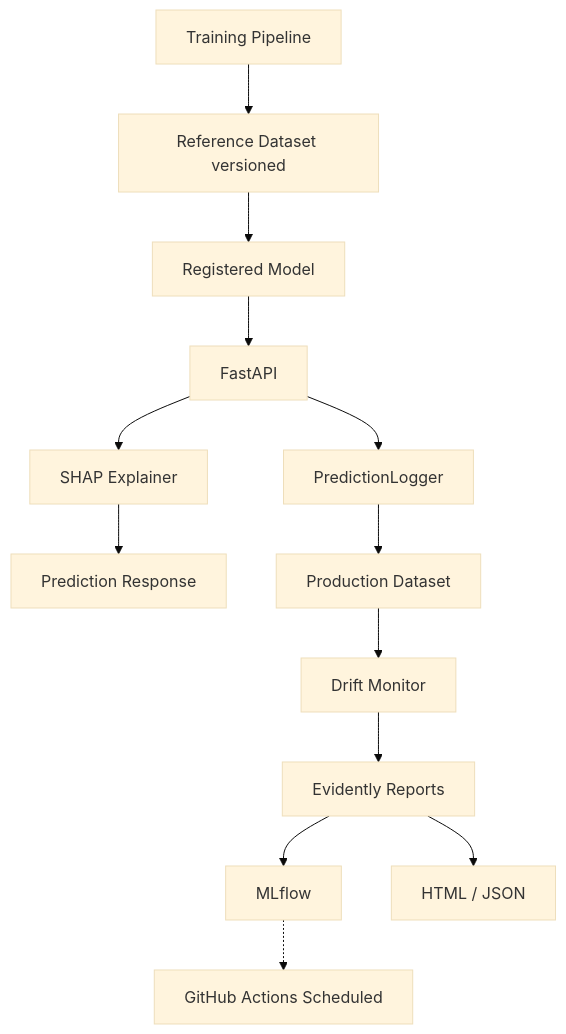
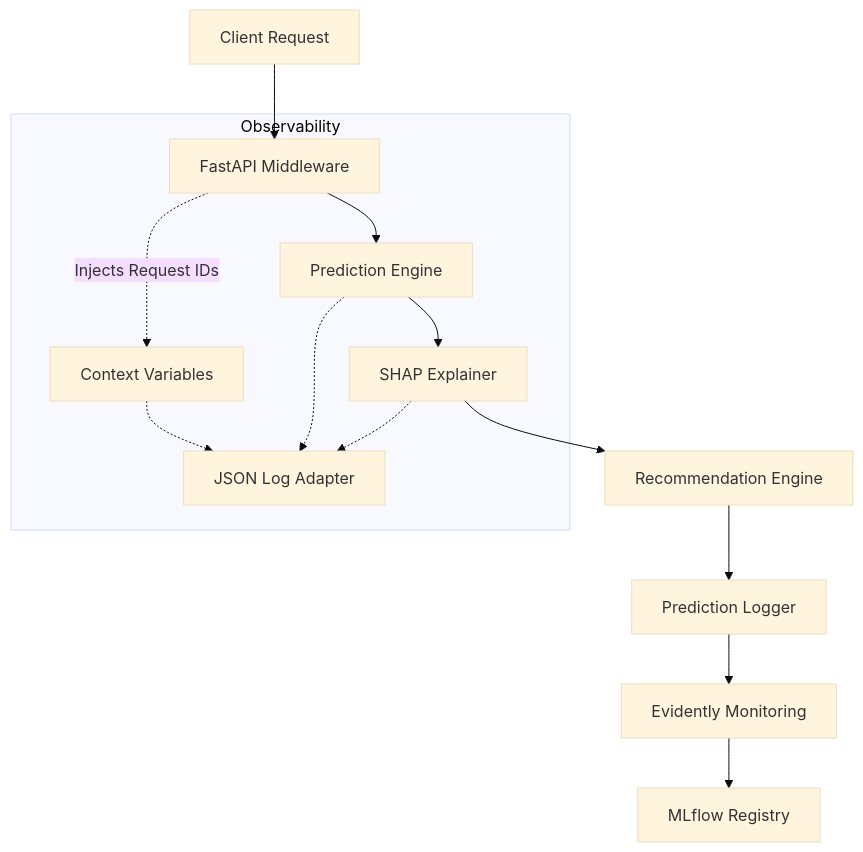
One commit to X377AAHIL/haett_assignment changed the second of 6 diagrams in README.md. Above: the diagram before and after it, drawn with Mermaid (base theme). The commit also changed other lines of this file, not shown here.

Commit message:
docs: rewrite README to production-ready open source quality

````diff
--- a/README.md
+++ b/README.md
@@ -105,15 +53,17 @@
 ```mermaid
 graph TD
-    Training[Training Pipeline] --> Ref[Reference Dataset versioned]
-    Ref --> Model[Registered Model]
-    Model --> API[FastAPI]
-    API --> Logger[PredictionLogger]
-    API --> SHAP[SHAP Explainer]
-    SHAP --> Resp[Prediction Response]
-    Logger --> Prod[Production Dataset]
-    Prod --> Drift[Drift Monitor]
-    Drift --> Ev[Evidently Reports]
-    Ev --> MLflow[MLflow]
-    Ev --> HTML[HTML / JSON]
-    MLflow -.-> Cron[GitHub Actions Scheduled]
+    Client[Client Request] --> MW[FastAPI Middleware]
+    MW --> Predictor[Prediction Engine]
+    Predictor --> SHAP[SHAP Explainer]
+    SHAP --> Recs[Recommendation Engine]
+    Recs --> Logger[Prediction Logger]
+    Logger --> Monitor[Evidently Monitoring]
+    Monitor --> MLflow[MLflow Registry]
+    
+    subgraph Observability
+        MW -.-> |Injects Request IDs| Context[Context Variables]
+        Context -.-> JSON[JSON Log Adapter]
+        Predictor -.-> JSON
+        SHAP -.-> JSON
+    end
 ```
````
